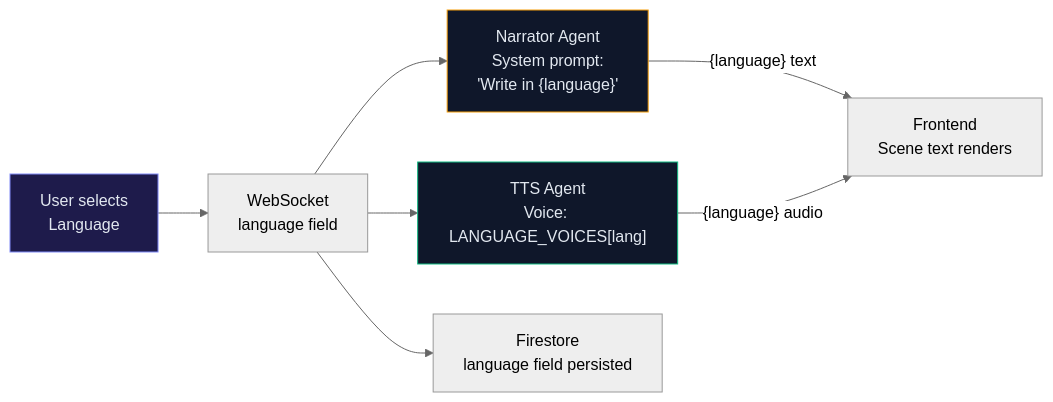
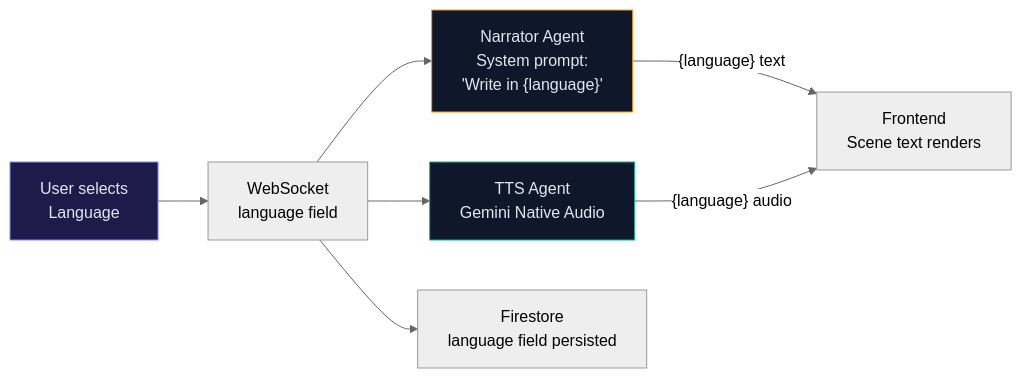
One commit to Dileep2896/reveria changed the fifth of 8 diagrams in README.md. Above: the diagram before and after it, drawn with Mermaid (neutral theme). The commit also changed other lines of this file and 54 other files, not shown here.

````diff
--- a/README.md
+++ b/README.md
@@ -483,14 +519,14 @@
 ```mermaid
 flowchart LR
     User["User selects<br/>Language"] --> WS["WebSocket<br/>language field"]
     WS --> Narrator["Narrator Agent<br/>System prompt:<br/>'Write in {language}'"]
-    WS --> TTS["TTS Agent<br/>Voice: LANGUAGE_VOICES[lang]"]
+    WS --> TTS["TTS Agent<br/>Gemini Native Audio"]
     WS --> FS["Firestore<br/>language field persisted"]
 
     Narrator -->|"{language} text"| Frontend["Frontend<br/>Scene text renders"]
     TTS -->|"{language} audio"| Frontend
 
     style User fill:#1e1b4b,stroke:#818cf8,color:#e2e8f0
     style Narrator fill:#0f172a,stroke:#f59e0b,color:#e2e8f0
     style TTS fill:#0f172a,stroke:#10b981,color:#e2e8f0
 ```
````
